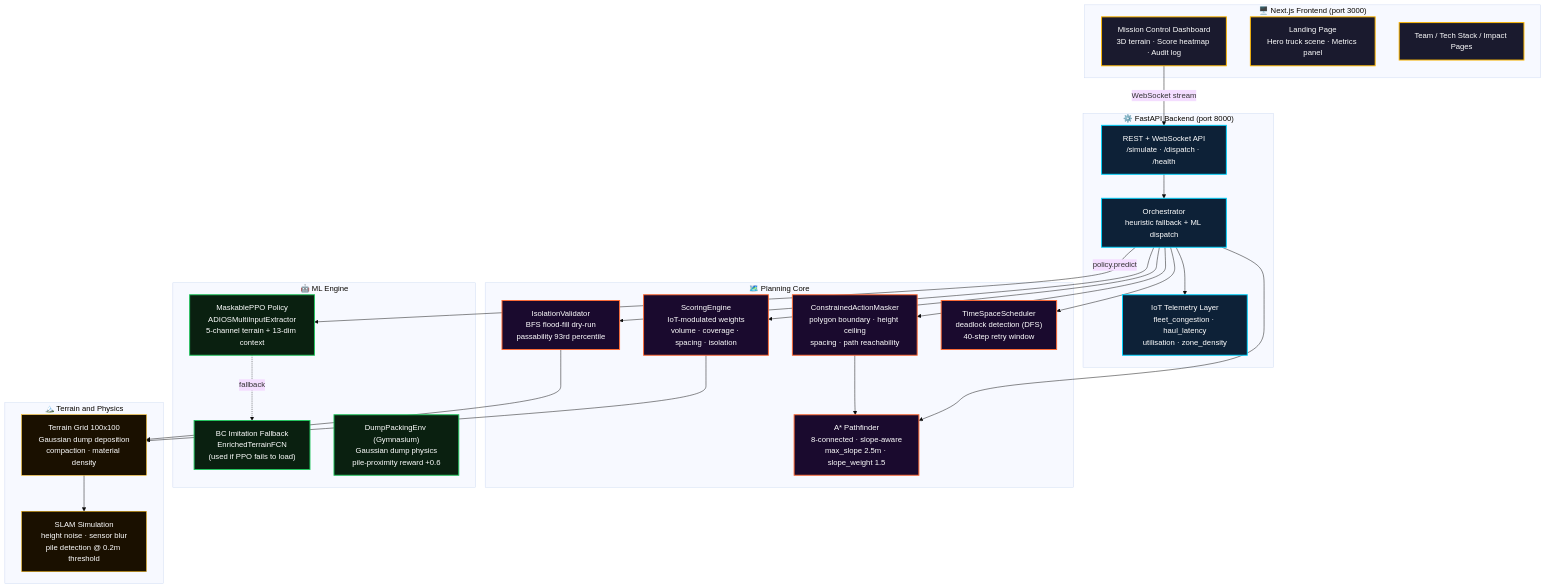
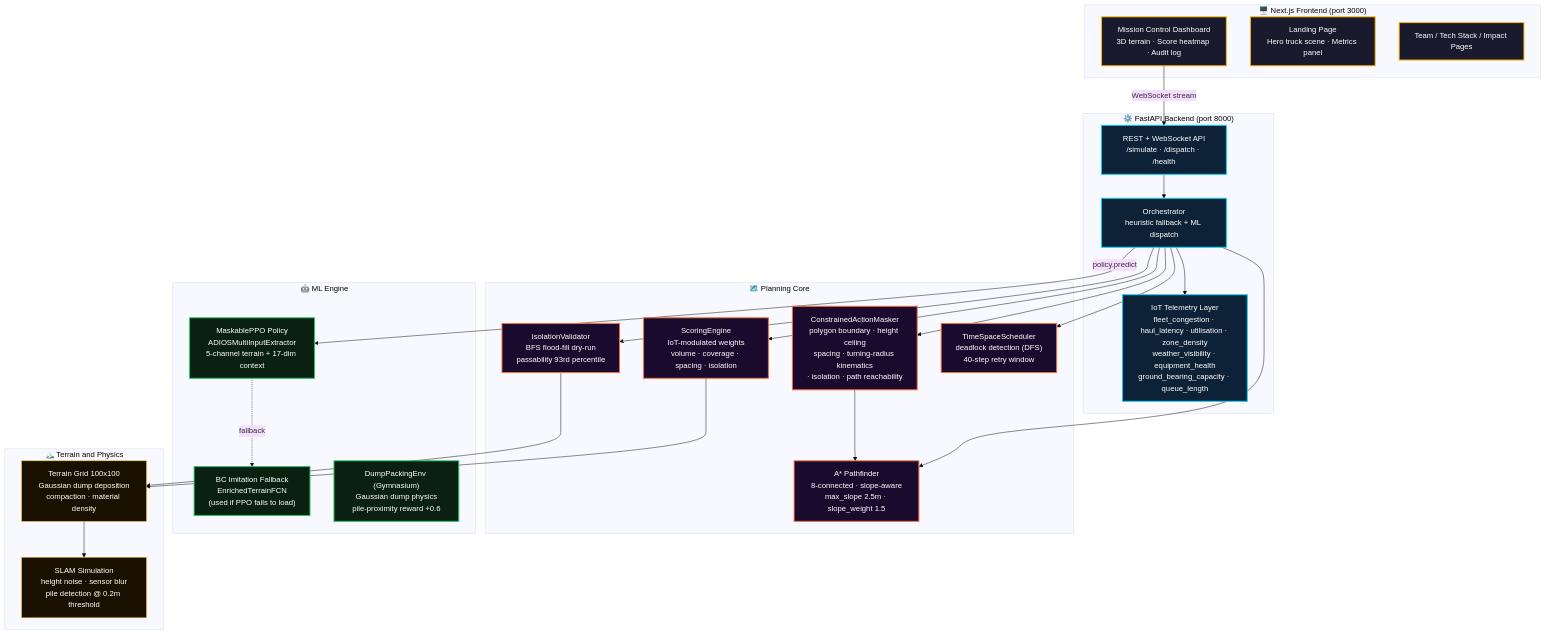
The first of 5 diagrams in README.md (nush1729/adaptive-dump-intelligence), drawn with Mermaid (base theme) before and after one commit. The commit also changed other lines of this file and 39 other files, not shown here.

````diff
--- a/README.md
+++ b/README.md
@@ -45,60 +47,60 @@
 ```mermaid
 flowchart TD
     subgraph FRONTEND["🖥️  Next.js Frontend (port 3000)"]
         UI["Mission Control Dashboard\n3D terrain · Score heatmap · Audit log"]
         LP["Landing Page\nHero truck scene · Metrics panel"]
         TP["Team / Tech Stack / Impact Pages"]
     end
 
     subgraph BACKEND["⚙️  FastAPI Backend (port 8000)"]
         API["REST + WebSocket API\n/simulate · /dispatch · /health"]
         ORC["Orchestrator\nheuristic fallback + ML dispatch"]
-        IOT["IoT Telemetry Layer\nfleet_congestion · haul_latency\nutilisation · zone_density"]
+        IOT["IoT Telemetry Layer\nfleet_congestion · haul_latency · utilisation · zone_density\nweather_visibility · equipment_health\nground_bearing_capacity · queue_length"]
     end
 
     subgraph PLANNING["🗺️  Planning Core"]
         SCR["ScoringEngine\nIoT-modulated weights\nvolume · coverage · spacing · isolation"]
         ISO["IsolationValidator\nBFS flood-fill dry-run\npassability 93rd percentile"]
-        MASK["ConstrainedActionMasker\npolygon boundary · height ceiling\nspacing · path reachability"]
+        MASK["ConstrainedActionMasker\npolygon boundary · height ceiling\nspacing · turning-radius kinematics\n· isolation · path reachability"]
         PATH["A* Pathfinder\n8-connected · slope-aware\nmax_slope 2.5m · slope_weight 1.5"]
         SCHED["TimeSpaceScheduler\ndeadlock detection (DFS)\n40-step retry window"]
     end
 
     subgraph ML["🤖  ML Engine"]
-        PPO["MaskablePPO Policy\nADIOSMultiInputExtractor\n5-channel terrain + 13-dim context"]
+        PPO["MaskablePPO Policy\nADIOSMultiInputExtractor\n5-channel terrain + 17-dim context"]
         BC["BC Imitation Fallback\nEnrichedTerrainFCN\n(used if PPO fails to load)"]
         ENV["DumpPackingEnv (Gymnasium)\nGaussian dump physics\npile-proximity reward +0.6"]
     end
 
     subgraph TERRAIN["🏔️  Terrain and Physics"]
         TER["Terrain Grid 100x100\nGaussian dump deposition\ncompaction · material density"]
         SLAM["SLAM Simulation\nheight noise · sensor blur\npile detection @ 0.2m threshold"]
     end
 
     UI -->|WebSocket stream| API
     API --> ORC
     ORC --> IOT
     ORC --> SCR
     ORC --> ISO
     ORC --> MASK
     ORC --> PATH
     ORC --> SCHED
     ORC -->|policy.predict| PPO
     PPO -.->|fallback| BC
     SCR --> TER
     ISO --> TER
     MASK --> PATH
     TER --> SLAM
 
     classDef fe fill:#1a1a2e,stroke:#FFB800,color:#fff,stroke-width:2px
     classDef be fill:#0d2137,stroke:#00D4FF,color:#fff,stroke-width:2px
     classDef plan fill:#1a0a2e,stroke:#FF6B35,color:#fff,stroke-width:2px
     classDef ml fill:#0a2010,stroke:#22C55E,color:#fff,stroke-width:2px
     classDef ter fill:#1a1000,stroke:#FFB800,color:#fff,stroke-width:1px
 
     class UI,LP,TP fe
     class API,ORC,IOT be
     class SCR,ISO,MASK,PATH,SCHED plan
     class PPO,BC,ENV ml
     class TER,SLAM ter
 ```
````
